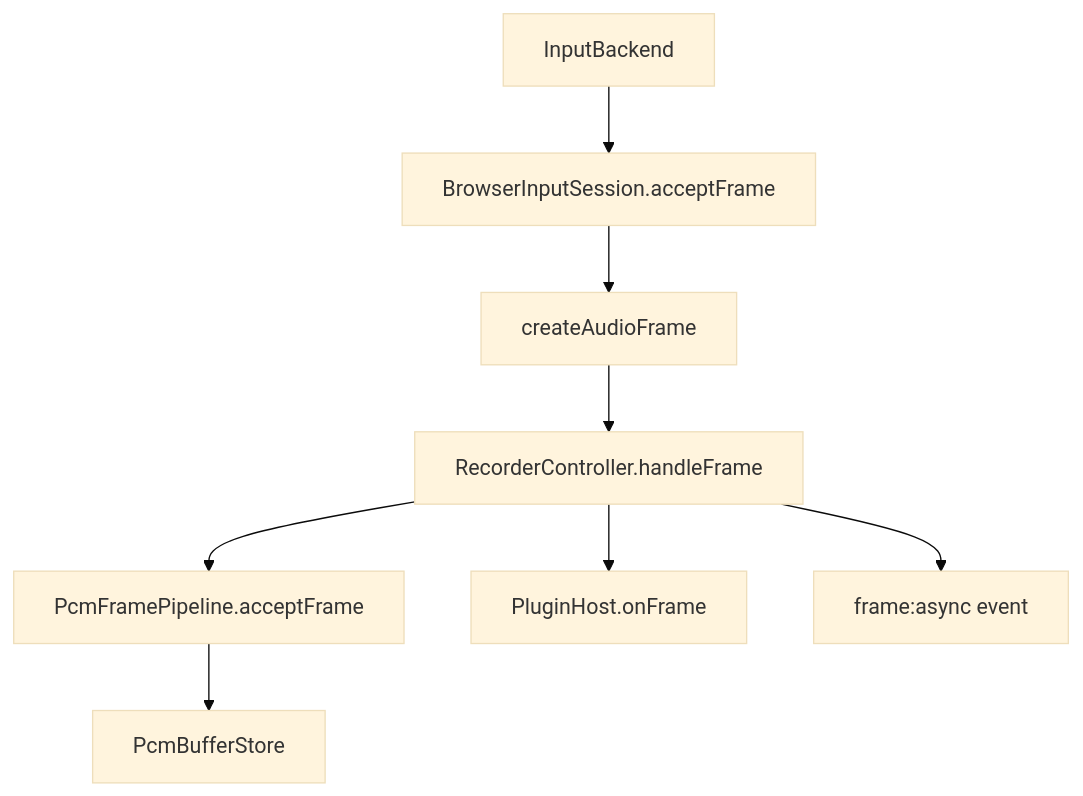
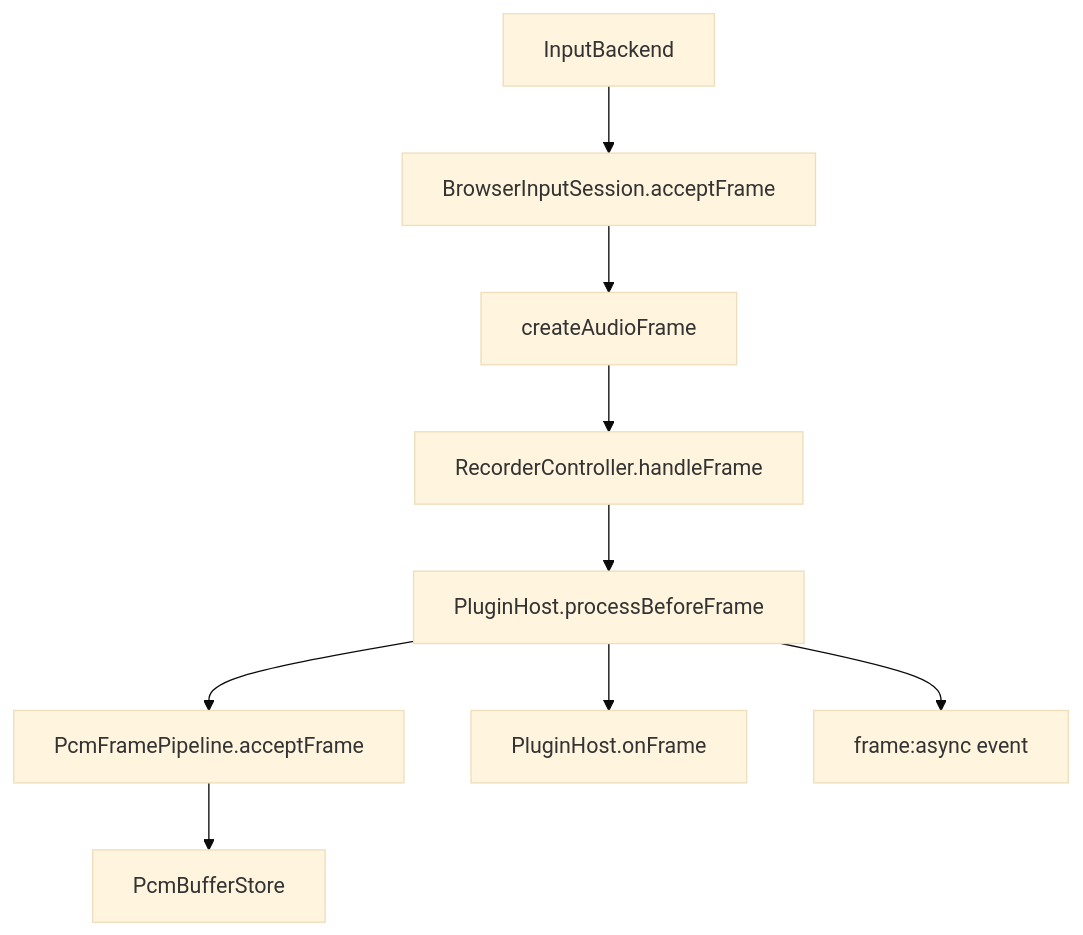
The third of 6 diagrams in docs/architecture/execution-chain.md (CSNight/audio-recorder), drawn with Mermaid (base theme) before and after one commit. The commit also changed other lines of this file and 26 other files, not shown here.

Commit message:
feat: add new plugin dsp and new hook onBeforeFrame/onFlush

````diff
--- a/docs/architecture/execution-chain.md
+++ b/docs/architecture/execution-chain.md
@@ -255,10 +258,11 @@
 ```mermaid
 flowchart TD
   A[InputBackend] --> B[BrowserInputSession.acceptFrame]
   B --> C[createAudioFrame]
   C --> D[RecorderController.handleFrame]
-  D --> E[PcmFramePipeline.acceptFrame]
-  D --> F[PluginHost.onFrame]
-  D --> G[frame:async event]
-  E --> H[PcmBufferStore]
+  D --> E[PluginHost.processBeforeFrame]
+  E --> F[PcmFramePipeline.acceptFrame]
+  E --> G[PluginHost.onFrame]
+  E --> H[frame:async event]
+  F --> I[PcmBufferStore]
 ```
````
